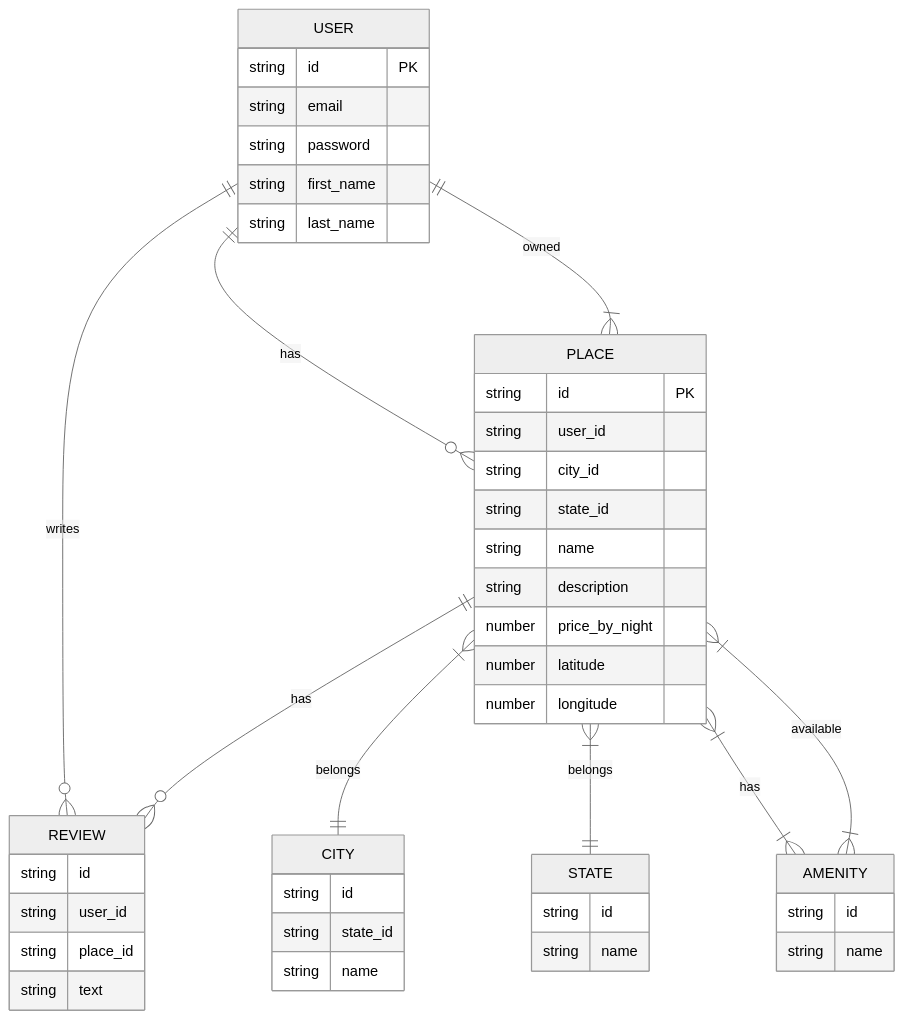
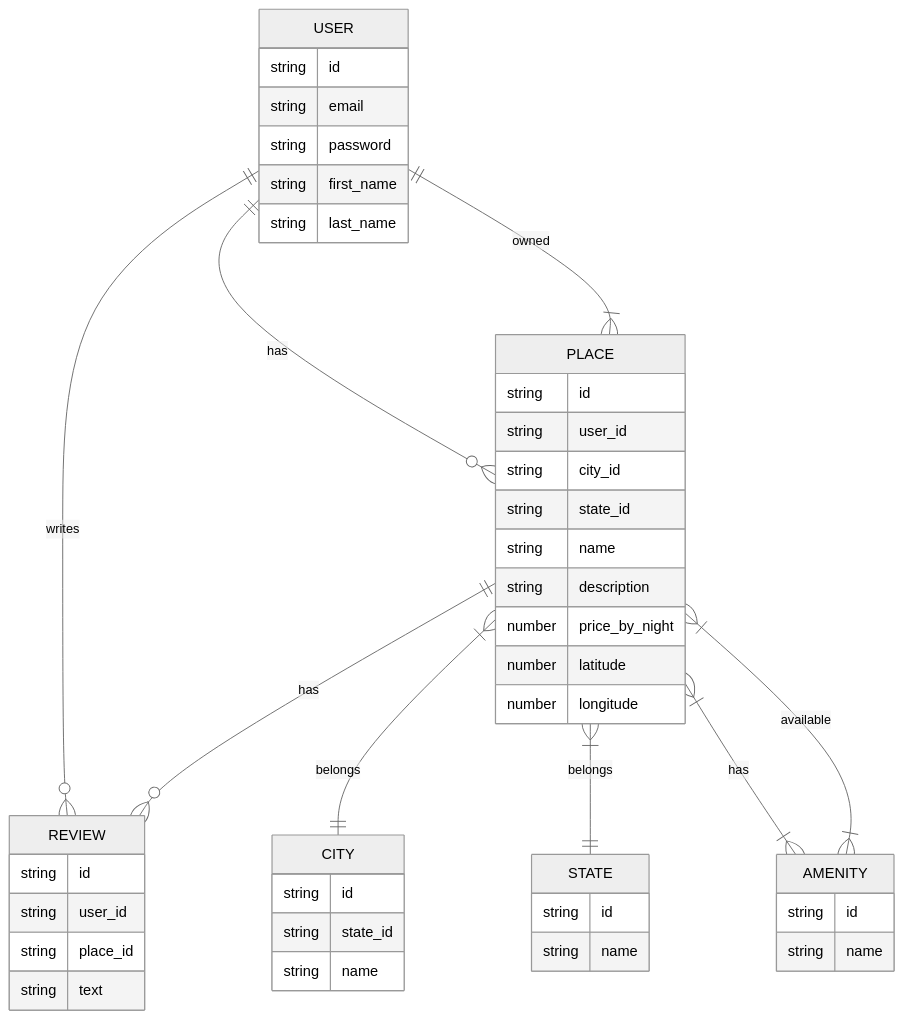
Before and after one commit to smessaoui31/holbertonschool-hbnb: the diagram in part3/ERDIAGRAMS.md, drawn with Mermaid (neutral theme).

Commit message:
Update diagrams

````diff
--- a/part3/ERDIAGRAMS.md
+++ b/part3/ERDIAGRAMS.md
@@ -1,55 +1,55 @@
 ```mermaid
 erDiagram
     USER ||--o{ PLACE : "has"
     USER ||--o{ REVIEW : "writes"
     PLACE ||--o{ REVIEW : "has"
     PLACE }|--|| CITY : "belongs"
     PLACE }|--|| STATE : "belongs"
     PLACE }|--|| USER : "owned"
     PLACE }|--|{ AMENITY : "has"
     AMENITY }|--|{ PLACE : "available"
 
     USER {
-        string id PK
+        string id
         string email
         string password
         string first_name
         string last_name
     }
 
     PLACE {
-        string id PK
+        string id
         string user_id
         string city_id
         string state_id
         string name
         string description
         number price_by_night
         number latitude
         number longitude
     }
 
     REVIEW {
         string id
         string user_id
         string place_id
         string text
     }
 
     CITY {
         string id
         string state_id
         string name
     }
 
     STATE {
         string id
         string name
     }
 
     AMENITY {
         string id
         string name
     }
     
 ```
````
